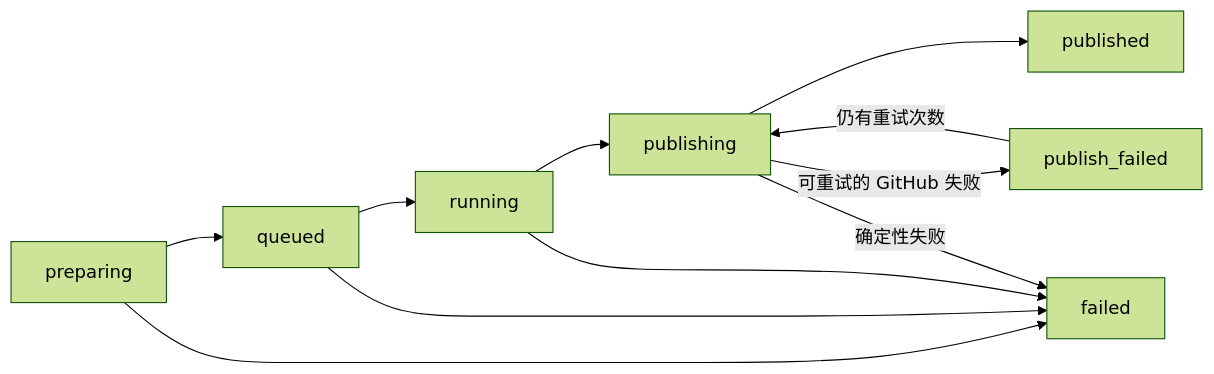
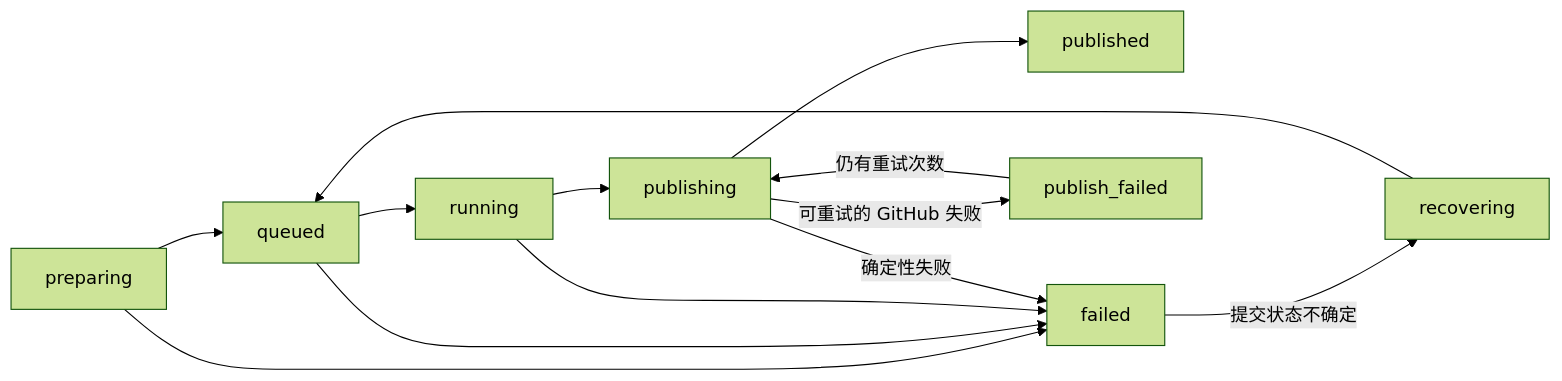
One commit to Agent-AI-Chalmers/sec-review-bot changed the second of 2 diagrams in apps/github-integration/README.zh.md. Above: the diagram before and after it, drawn with Mermaid (forest theme). The commit also changed other lines of this file and 14 other files, not shown here.

````diff
--- a/apps/github-integration/README.zh.md
+++ b/apps/github-integration/README.zh.md
@@ -227,10 +227,12 @@
 ```mermaid
 flowchart LR
   preparing --> queued --> running --> publishing --> published
   preparing --> failed
+  failed -->|提交状态不确定| recovering
+  recovering --> queued
   queued --> failed
   running --> failed
   publishing -->|确定性失败| failed
   publishing -->|可重试的 GitHub 失败| publish_failed
   publish_failed -->|仍有重试次数| publishing
 ```
````
